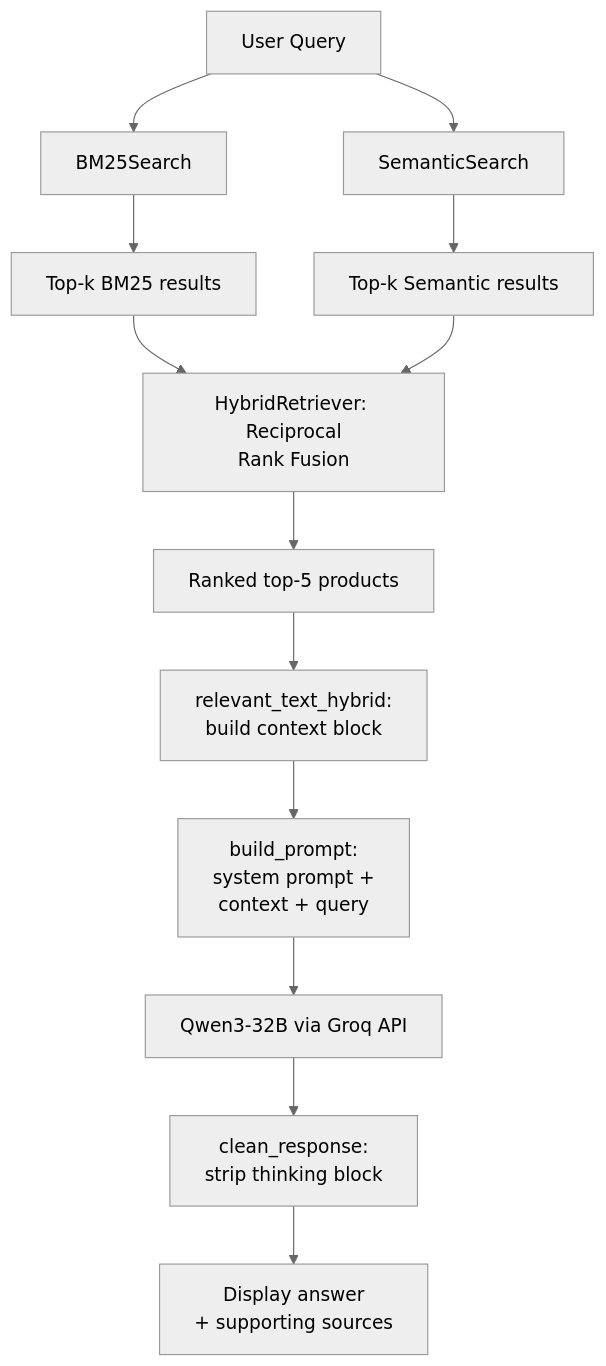
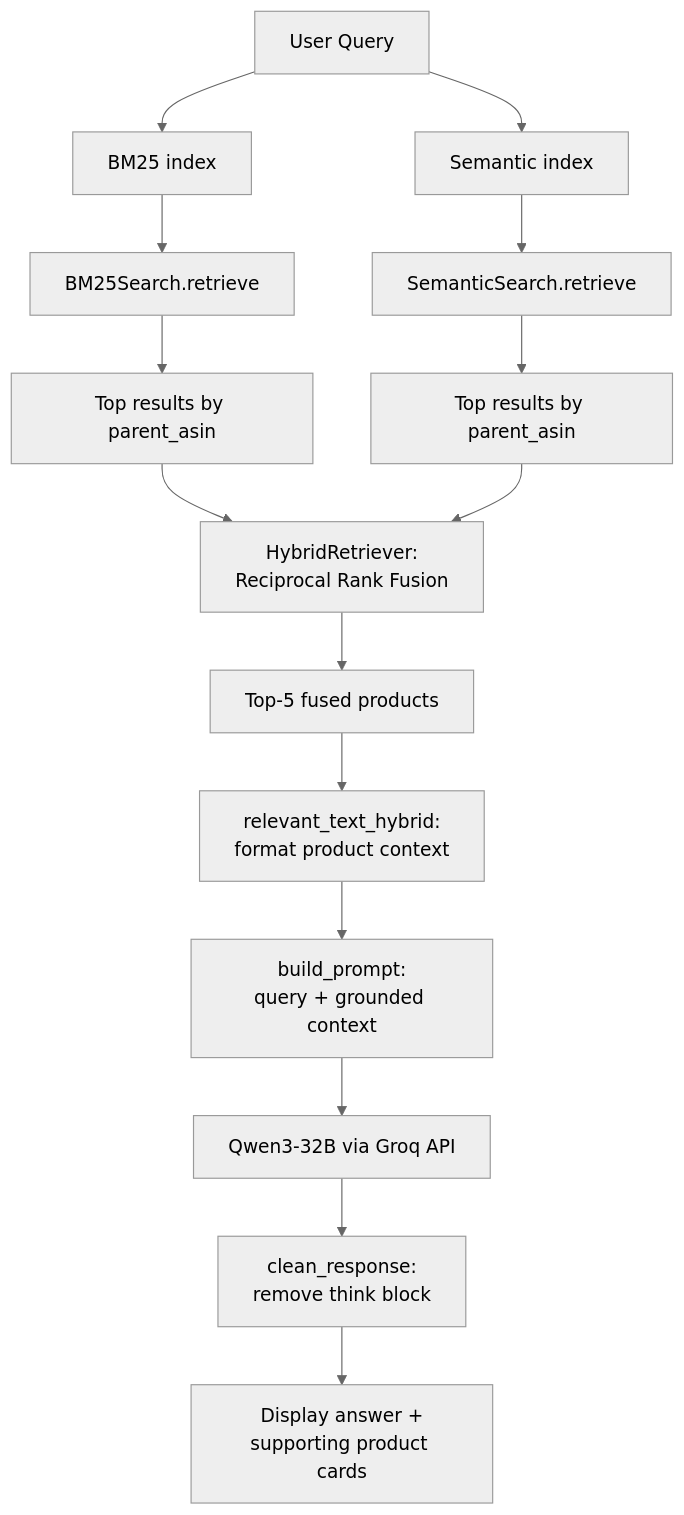
One commit to iangault/product-search-rag changed the second of 2 diagrams in README.md. Above: the diagram before and after it, drawn with Mermaid (neutral theme). The commit also changed other lines of this file, not shown here.

````diff
--- a/README.md
+++ b/README.md
@@ -48,15 +48,17 @@
 ```mermaid
 flowchart TD
-    A[User Query] --> B[BM25Search]
-    A --> C[SemanticSearch]
-    B --> D[Top-k BM25 results]
-    C --> E[Top-k Semantic results]
-    D --> F[HybridRetriever: Reciprocal<br/>Rank Fusion]
-    E --> F
-    F --> G[Ranked top-5 products]
-    G --> H[relevant_text_hybrid:<br/>build context block]
-    H --> I[build_prompt:<br/>system prompt +<br/>context + query]
-    I --> J[Qwen3-32B via Groq API]
-    J --> K[clean_response:<br/>strip thinking block]
-    K --> L[Display answer<br/>+ supporting sources]
+    A[User Query] --> B[BM25 index]
+    A --> C[Semantic index]
+    B --> D[BM25Search.retrieve]
+    C --> E[SemanticSearch.retrieve]
+    D --> F[Top results by parent_asin]
+    E --> G[Top results by parent_asin]
+    F --> H[HybridRetriever:<br/>Reciprocal Rank Fusion]
+    G --> H
+    H --> I[Top-5 fused products]
+    I --> J[relevant_text_hybrid:<br/>format product context]
+    J --> K[build_prompt:<br/>query + grounded context]
+    K --> L[Qwen3-32B via Groq API]
+    L --> M[clean_response:<br/>remove think block]
+    M --> N[Display answer +<br/>supporting product cards]
 ```
````
